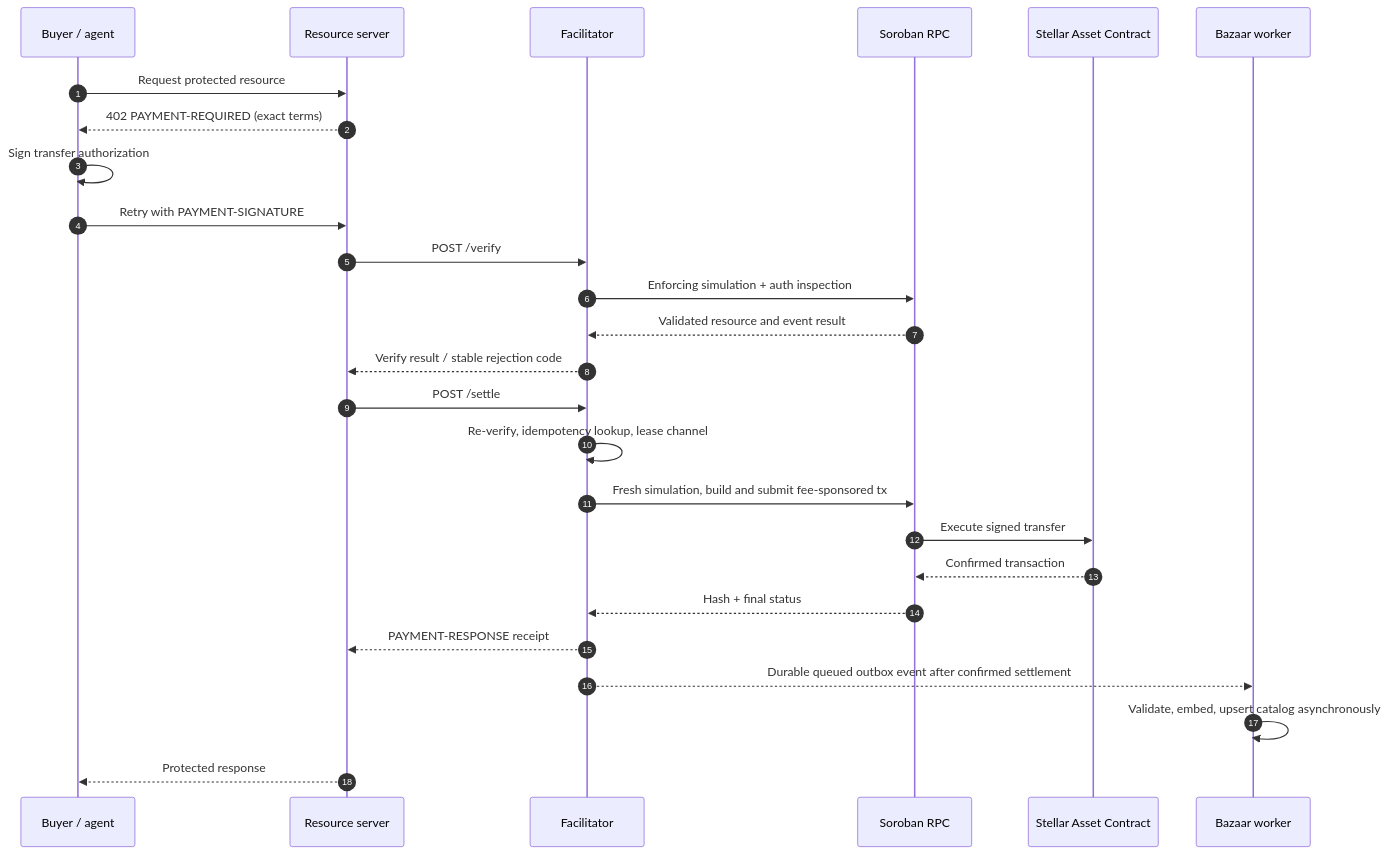
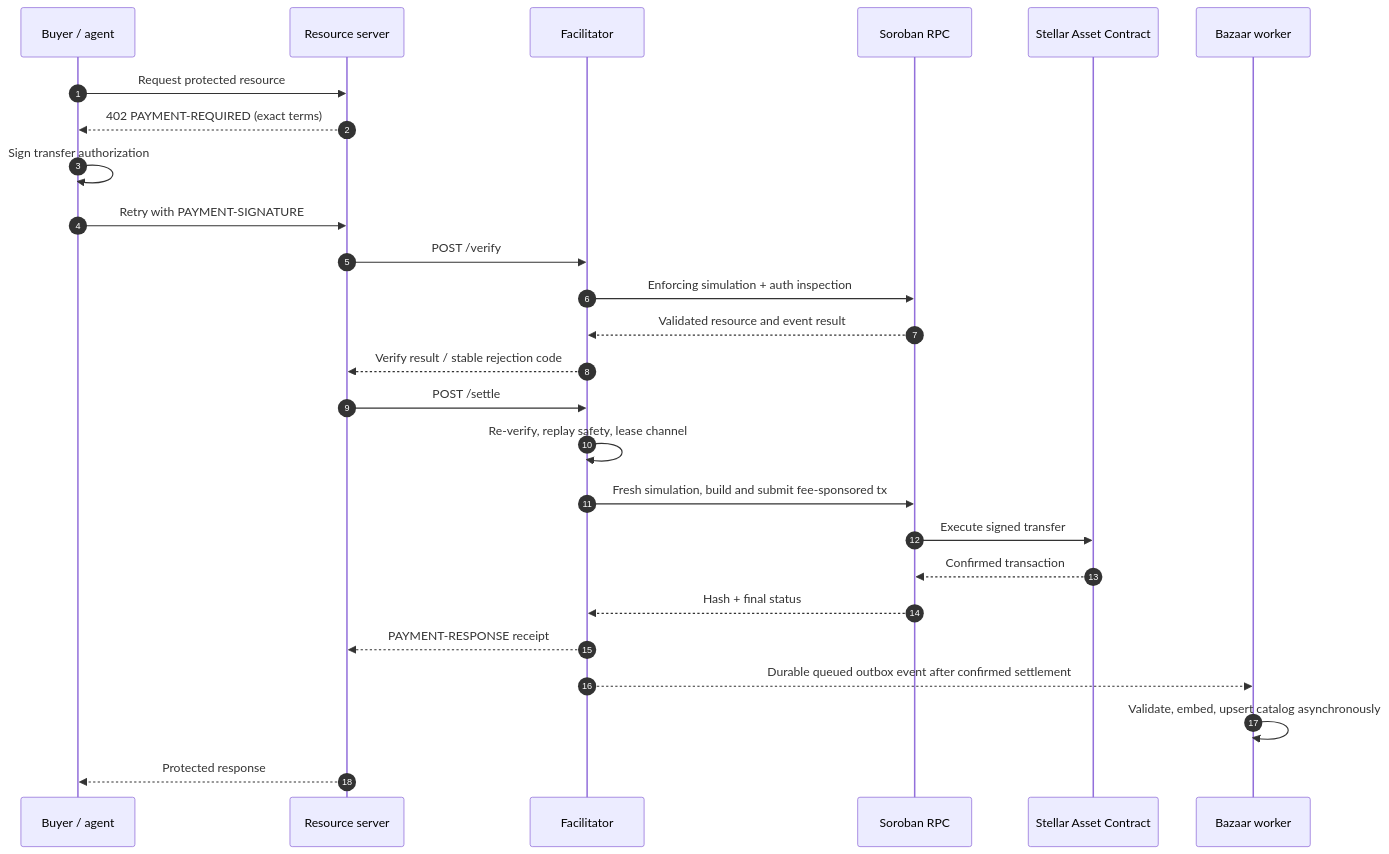
Before and after one commit to Veridex-Protocol/stellar-facilitator: the second of 7 diagrams in docs/architecture.md, drawn with Mermaid. The commit also changed other lines of this file and 19 other files, not shown here.

````diff
--- a/docs/architecture.md
+++ b/docs/architecture.md
@@ -139,29 +225,29 @@
 ```mermaid
 sequenceDiagram
     autonumber
     participant A as Buyer / agent
     participant R as Resource server
     participant F as Facilitator
     participant Q as Soroban RPC
     participant S as Stellar Asset Contract
     participant B as Bazaar worker
 
     A->>R: Request protected resource
     R-->>A: 402 PAYMENT-REQUIRED (exact terms)
     A->>A: Sign transfer authorization
     A->>R: Retry with PAYMENT-SIGNATURE
     R->>F: POST /verify
     F->>Q: Enforcing simulation + auth inspection
     Q-->>F: Validated resource and event result
     F-->>R: Verify result / stable rejection code
     R->>F: POST /settle
-    F->>F: Re-verify, idempotency lookup, lease channel
+    F->>F: Re-verify, replay safety, lease channel
     F->>Q: Fresh simulation, build and submit fee-sponsored tx
     Q->>S: Execute signed transfer
     S-->>Q: Confirmed transaction
     Q-->>F: Hash + final status
     F-->>R: PAYMENT-RESPONSE receipt
     F-->>B: Durable queued outbox event after confirmed settlement
     B->>B: Validate, embed, upsert catalog asynchronously
     R-->>A: Protected response
 ```
````
